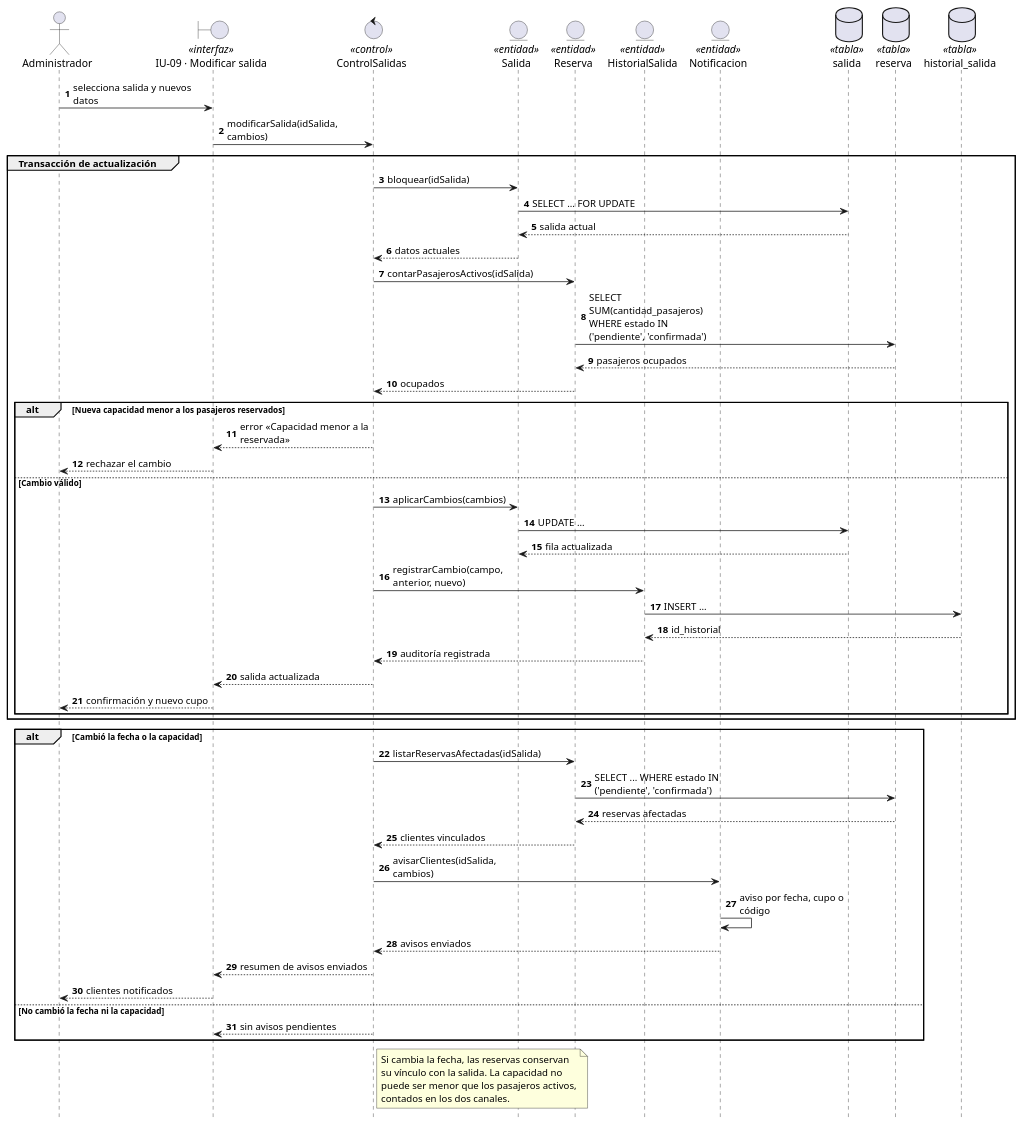
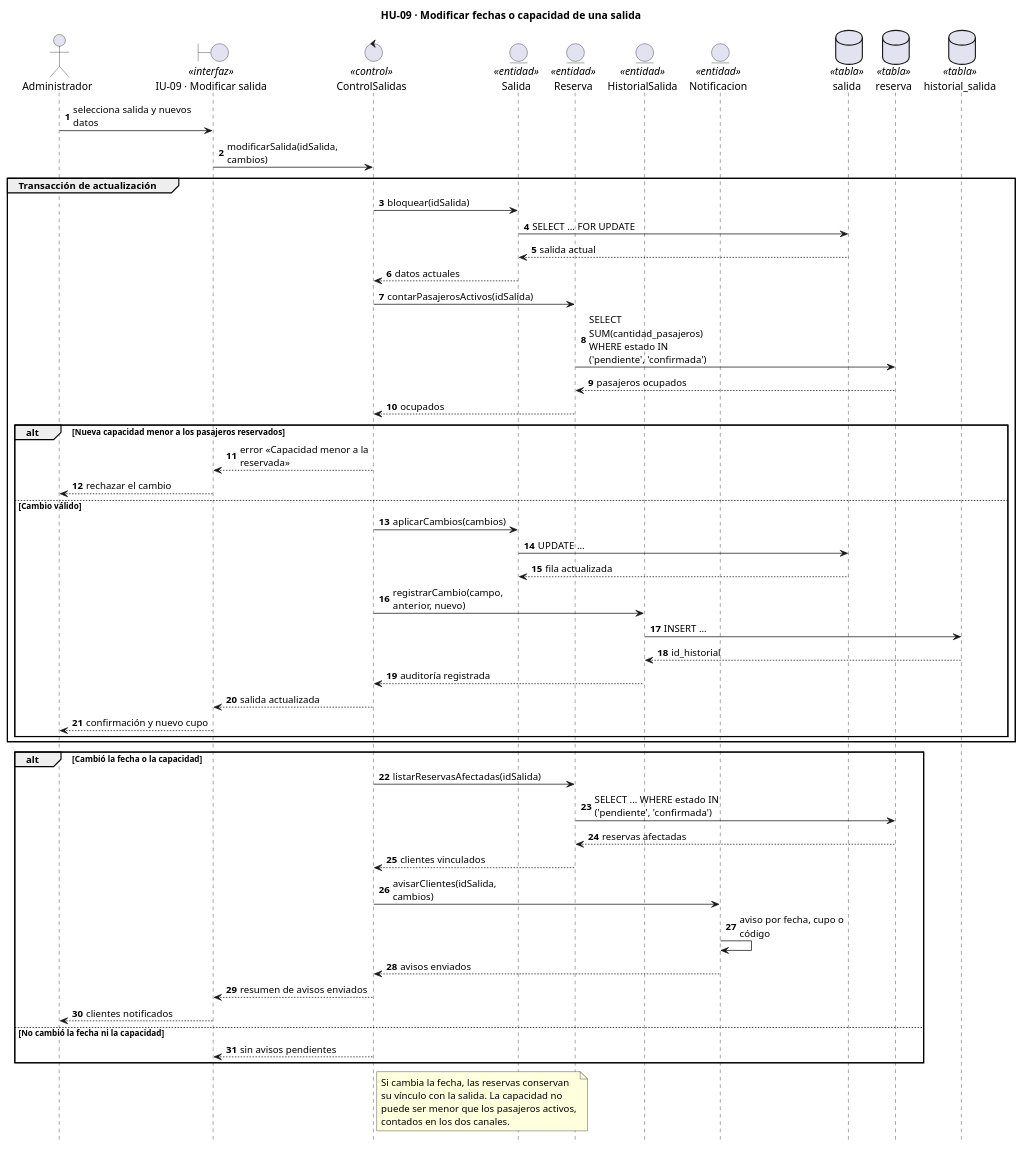
Before and after one commit to fervflow/sis-inf3-proyecto-formativo: the diagram in sistema/diagramas/uml/secuencia/hu-09-modificar-salida.puml, drawn with PlantUML. The commit also changed 24 other files, not shown here.

Commit message:
feat: titulo de HU en diagramas de secuencia

```diff
--- a/sistema/diagramas/uml/secuencia/hu-09-modificar-salida.puml
+++ b/sistema/diagramas/uml/secuencia/hu-09-modificar-salida.puml
@@ -1,70 +1,70 @@
 @startuml
-' HU-09 · Modificar fechas o capacidad de una salida
+title HU-09 · Modificar fechas o capacidad de una salida
 ' La capacidad no puede quedar por debajo de los pasajeros ya reservados y
 ' los clientes afectados reciben aviso (HU-16).
 hide footbox
 autonumber
 skinparam maxMessageSize 175
 
 actor "Administrador" as ADM
 boundary "IU-09 · Modificar salida" as UI <<interfaz>>
 control "ControlSalidas" as CTRL <<control>>
 entity "Salida" as E_SALIDA <<entidad>>
 entity "Reserva" as E_RESERVA <<entidad>>
 entity "HistorialSalida" as E_HISTORIAL <<entidad>>
 entity "Notificacion" as E_NOTIFICACION <<entidad>>
 database "salida" as T_SALIDA <<tabla>>
 database "reserva" as T_RESERVA <<tabla>>
 database "historial_salida" as T_HISTORIAL <<tabla>>
 
 ADM -> UI : selecciona salida y nuevos datos
 UI -> CTRL : modificarSalida(idSalida, cambios)
 
 group Transacción de actualización
     CTRL -> E_SALIDA : bloquear(idSalida)
     E_SALIDA -> T_SALIDA : SELECT ... FOR UPDATE
     T_SALIDA --> E_SALIDA : salida actual
     E_SALIDA --> CTRL : datos actuales
 
     CTRL -> E_RESERVA : contarPasajerosActivos(idSalida)
     E_RESERVA -> T_RESERVA : SELECT SUM(cantidad_pasajeros)\nWHERE estado IN ('pendiente', 'confirmada')
     T_RESERVA --> E_RESERVA : pasajeros ocupados
     E_RESERVA --> CTRL : ocupados
 
     alt Nueva capacidad menor a los pasajeros reservados
         CTRL --> UI : error «Capacidad menor a la reservada»
         UI --> ADM : rechazar el cambio
     else Cambio válido
         CTRL -> E_SALIDA : aplicarCambios(cambios)
         E_SALIDA -> T_SALIDA : UPDATE ...
         T_SALIDA --> E_SALIDA : fila actualizada
         CTRL -> E_HISTORIAL : registrarCambio(campo, anterior, nuevo)
         E_HISTORIAL -> T_HISTORIAL : INSERT ...
         T_HISTORIAL --> E_HISTORIAL : id_historial
         E_HISTORIAL --> CTRL : auditoría registrada
         CTRL --> UI : salida actualizada
         UI --> ADM : confirmación y nuevo cupo
     end
 end
 
 alt Cambió la fecha o la capacidad
     CTRL -> E_RESERVA : listarReservasAfectadas(idSalida)
     E_RESERVA -> T_RESERVA : SELECT ... WHERE estado IN ('pendiente', 'confirmada')
     T_RESERVA --> E_RESERVA : reservas afectadas
     E_RESERVA --> CTRL : clientes vinculados
     CTRL -> E_NOTIFICACION : avisarClientes(idSalida, cambios)
     E_NOTIFICACION -> E_NOTIFICACION : aviso por fecha, cupo o código
     E_NOTIFICACION --> CTRL : avisos enviados
     CTRL --> UI : resumen de avisos enviados
     UI --> ADM : clientes notificados
 else No cambió la fecha ni la capacidad
     CTRL --> UI : sin avisos pendientes
 end
 
 note right of CTRL
     Si cambia la fecha, las reservas conservan
     su vínculo con la salida. La capacidad no
     puede ser menor que los pasajeros activos,
     contados en los dos canales.
 end note
 @enduml
```
